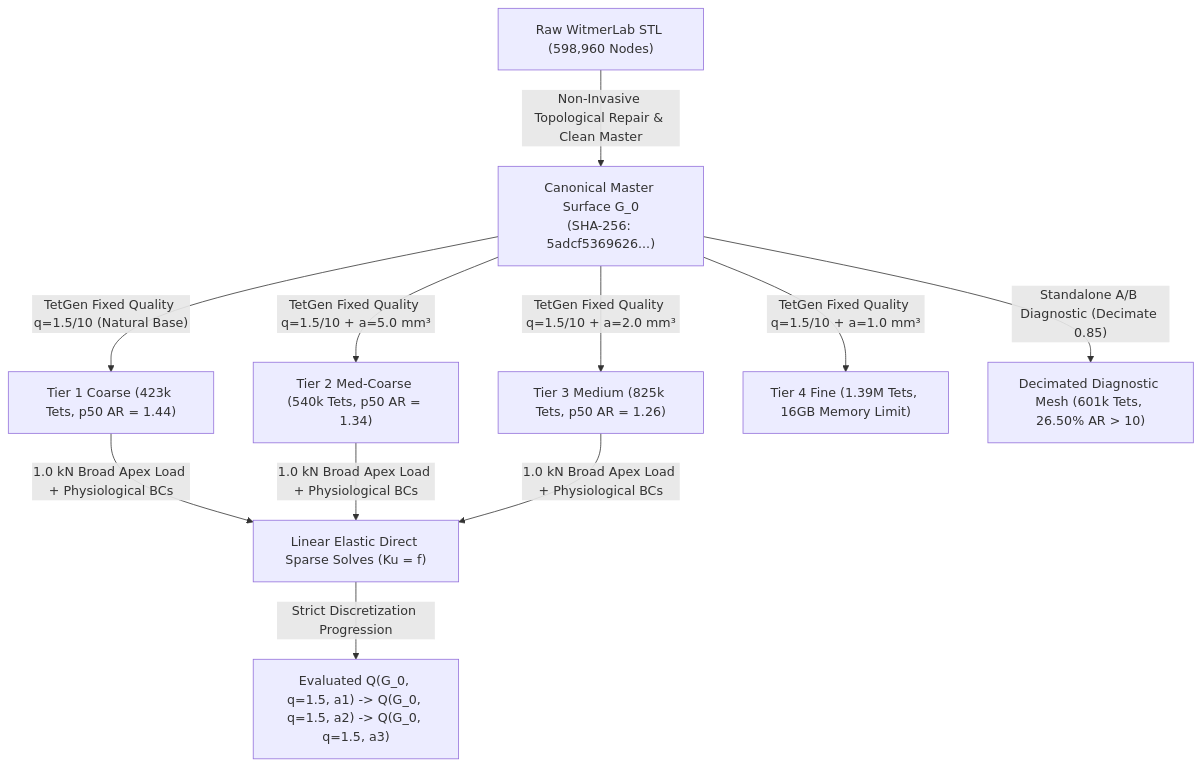
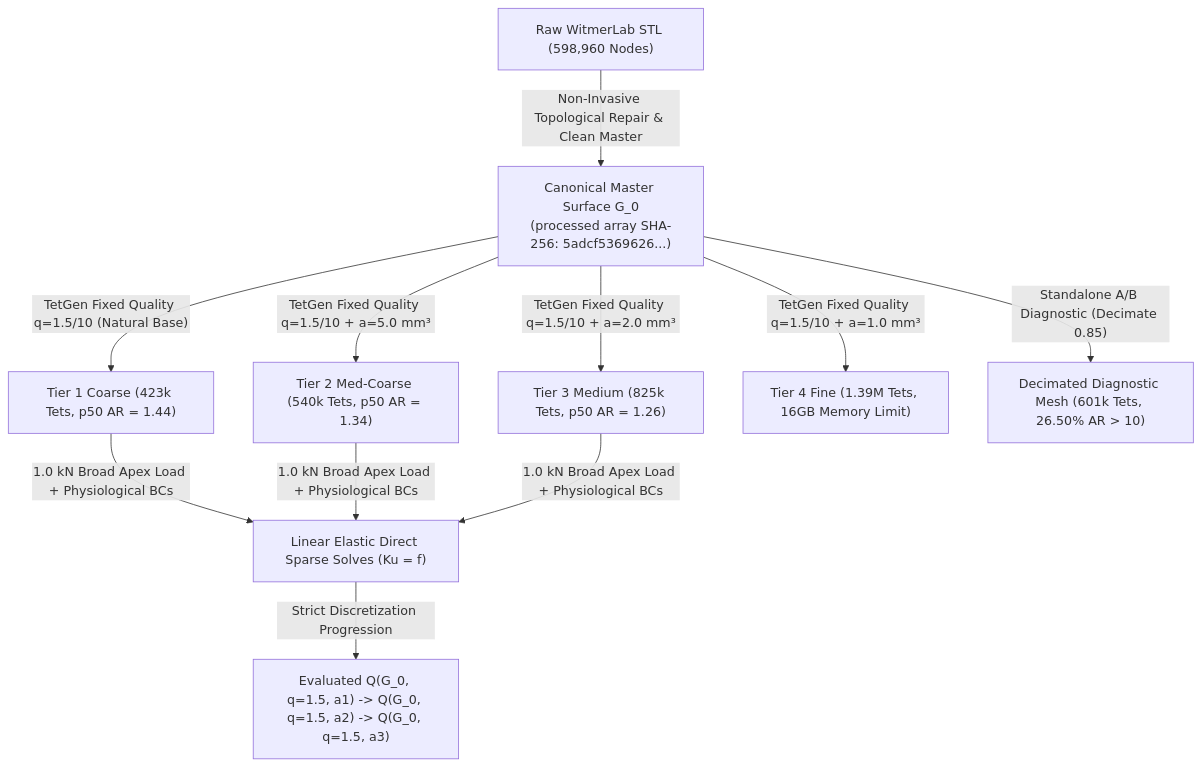
One commit to mdhornstein/pachycephalosaur-biomechanics changed the diagram in reports/phase4_fea_benchmark_report.md. Above: the diagram before and after it, drawn with Mermaid. The commit also changed other lines of this file and 12 other files, not shown here.

````diff
--- a/reports/phase4_fea_benchmark_report.md
+++ b/reports/phase4_fea_benchmark_report.md
@@ -25,11 +25,11 @@
 ```mermaid
 flowchart TD
-    A["Raw WitmerLab STL (598,960 Nodes)"] -->|"Non-Invasive Topological Repair & Clean Master"| B["Canonical Master Surface G_0\n(SHA-256: 5adcf5369626...)"]
+    A["Raw WitmerLab STL (598,960 Nodes)"] -->|"Non-Invasive Topological Repair & Clean Master"| B["Canonical Master Surface G_0\n(processed array SHA-256: 5adcf5369626...)"]
     B -->|"TetGen Fixed Quality q=1.5/10 (Natural Base)"| C1["Tier 1 Coarse (423k Tets, p50 AR = 1.44)"]
     B -->|"TetGen Fixed Quality q=1.5/10 + a=5.0 mm³"| C2["Tier 2 Med-Coarse (540k Tets, p50 AR = 1.34)"]
     B -->|"TetGen Fixed Quality q=1.5/10 + a=2.0 mm³"| C3["Tier 3 Medium (825k Tets, p50 AR = 1.26)"]
     B -->|"TetGen Fixed Quality q=1.5/10 + a=1.0 mm³"| C4["Tier 4 Fine (1.39M Tets, 16GB Memory Limit)"]
     B -->|"Standalone A/B Diagnostic (Decimate 0.85)"| C_diag["Decimated Diagnostic Mesh (601k Tets, 26.50% AR > 10)"]
     C1 & C2 & C3 -->|"1.0 kN Broad Apex Load + Physiological BCs"| D["Linear Elastic Direct Sparse Solves (Ku = f)"]
     D -->|"Strict Discretization Progression"| E["Evaluated Q(G_0, q=1.5, a1) -> Q(G_0, q=1.5, a2) -> Q(G_0, q=1.5, a3)"]
 ```
````
